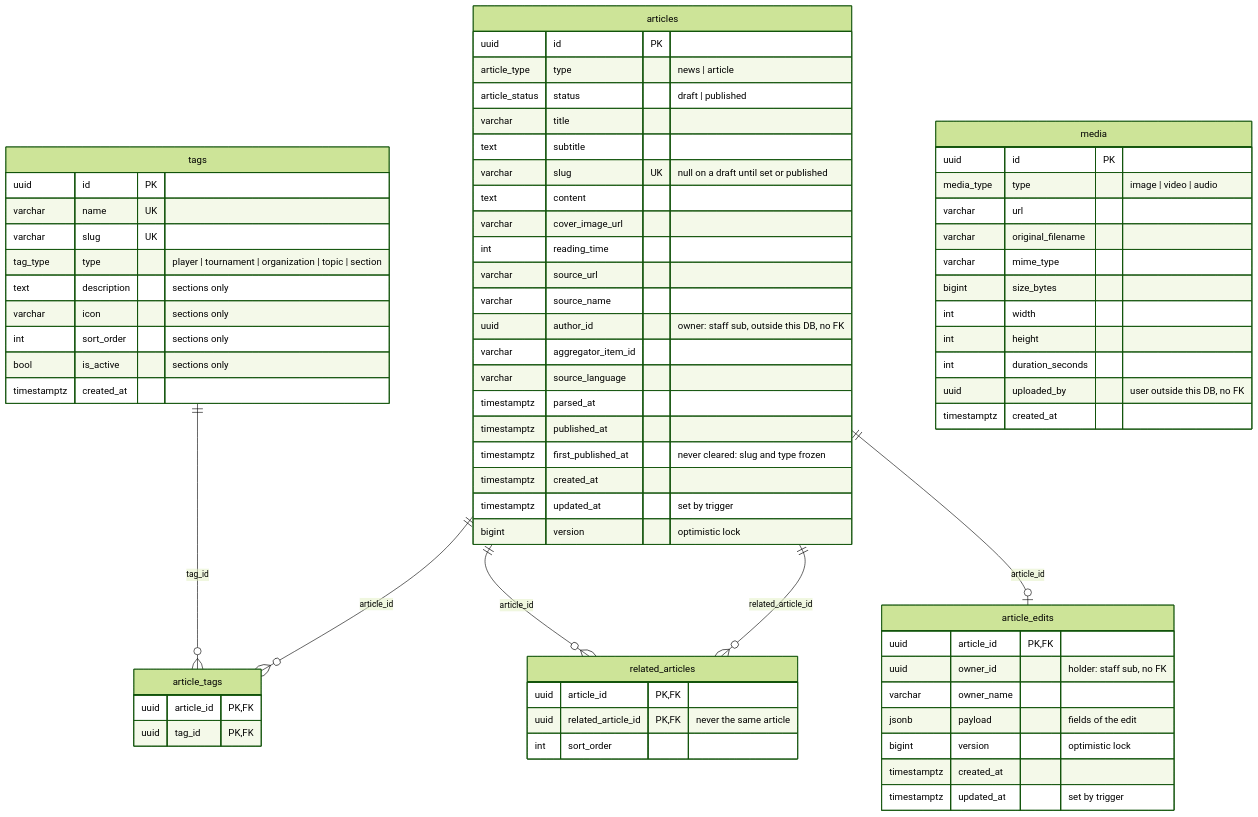
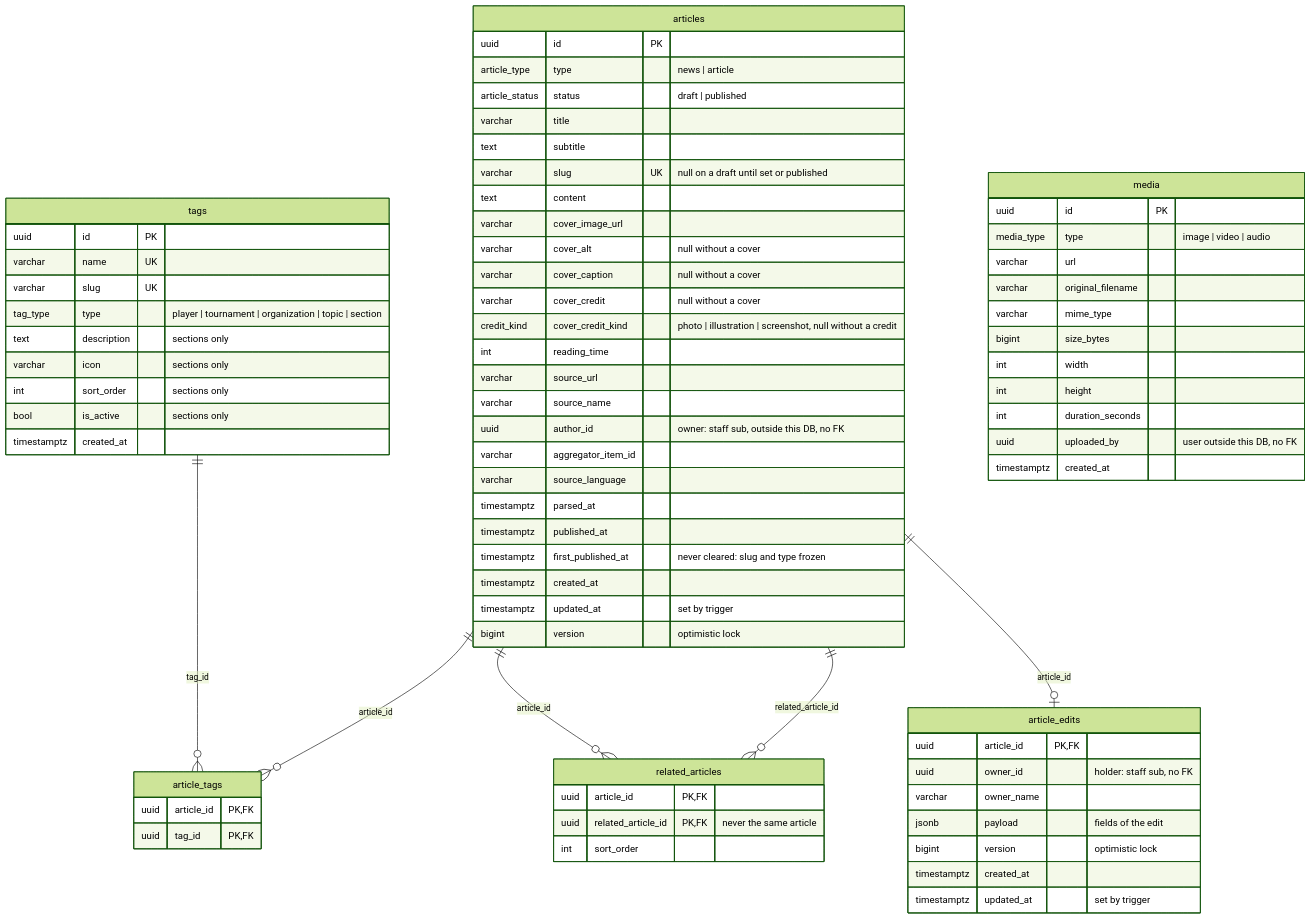
Before and after one commit to tennis-wire/tennis-wire: the diagram in architecture/er/content-db.md, drawn with Mermaid (forest theme). The commit also changed other lines of this file and 2 other files, not shown here.

Commit message:
docs: cover and picture captions: architecture/editorial.md

````diff
--- a/architecture/er/content-db.md
+++ b/architecture/er/content-db.md
@@ -5,78 +5,82 @@
 ```mermaid
 erDiagram
     articles ||--o{ article_tags : "article_id"
     tags ||--o{ article_tags : "tag_id"
     articles ||--o{ related_articles : "article_id"
     articles ||--o{ related_articles : "related_article_id"
     articles ||--o| article_edits : "article_id"
 
     articles {
         uuid id PK
         article_type type "news | article"
         article_status status "draft | published"
         varchar title
         text subtitle
         varchar slug UK "null on a draft until set or published"
         text content
         varchar cover_image_url
+        varchar cover_alt "null without a cover"
+        varchar cover_caption "null without a cover"
+        varchar cover_credit "null without a cover"
+        credit_kind cover_credit_kind "photo | illustration | screenshot, null without a credit"
         int reading_time
         varchar source_url
         varchar source_name
         uuid author_id "owner: staff sub, outside this DB, no FK"
         varchar aggregator_item_id
         varchar source_language
         timestamptz parsed_at
         timestamptz published_at
         timestamptz first_published_at "never cleared: slug and type frozen"
         timestamptz created_at
         timestamptz updated_at "set by trigger"
         bigint version "optimistic lock"
     }
 
     article_edits {
         uuid article_id PK, FK
         uuid owner_id "holder: staff sub, no FK"
         varchar owner_name
         jsonb payload "fields of the edit"
         bigint version "optimistic lock"
         timestamptz created_at
         timestamptz updated_at "set by trigger"
     }
 
     tags {
         uuid id PK
         varchar name UK
         varchar slug UK
         tag_type type "player | tournament | organization | topic | section"
         text description "sections only"
         varchar icon "sections only"
         int sort_order "sections only"
         bool is_active "sections only"
         timestamptz created_at
     }
 
     article_tags {
         uuid article_id PK, FK
         uuid tag_id PK, FK
     }
 
     related_articles {
         uuid article_id PK, FK
         uuid related_article_id PK, FK "never the same article"
         int sort_order
     }
 
     media {
         uuid id PK
         media_type type "image | video | audio"
         varchar url
         varchar original_filename
         varchar mime_type
         bigint size_bytes
         int width
         int height
         int duration_seconds
         uuid uploaded_by "user outside this DB, no FK"
         timestamptz created_at
     }
 ```
````
